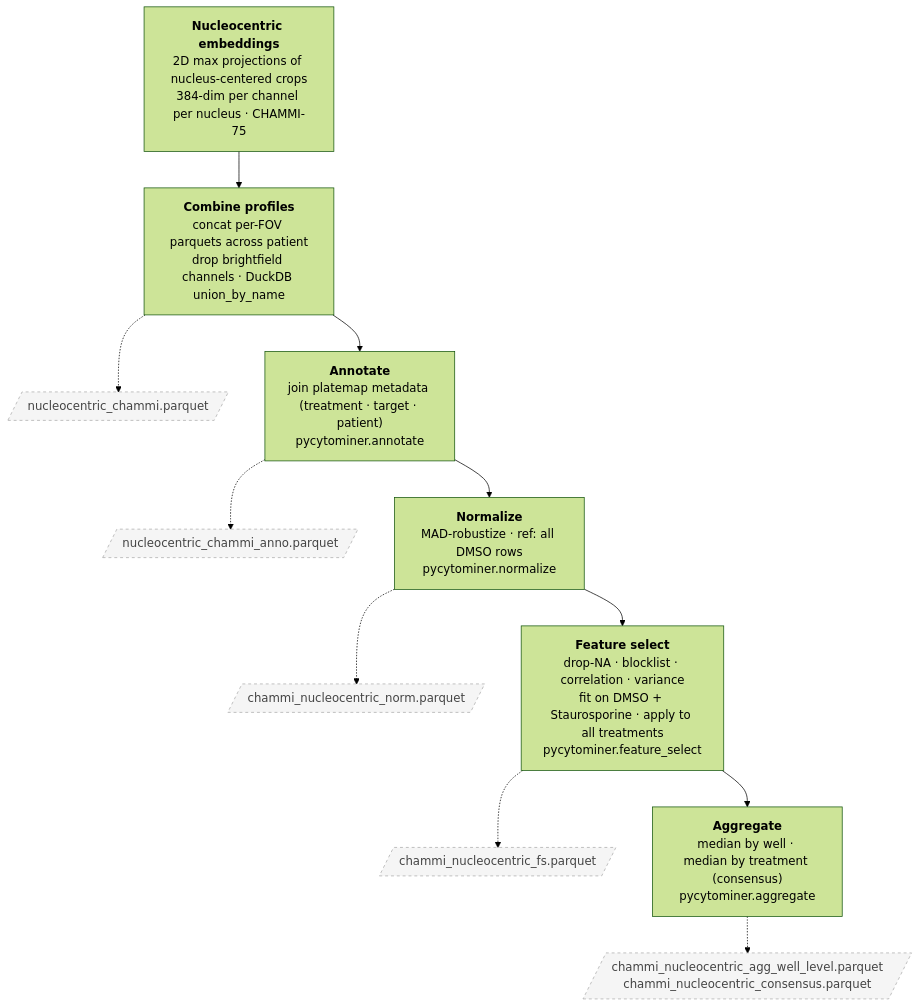
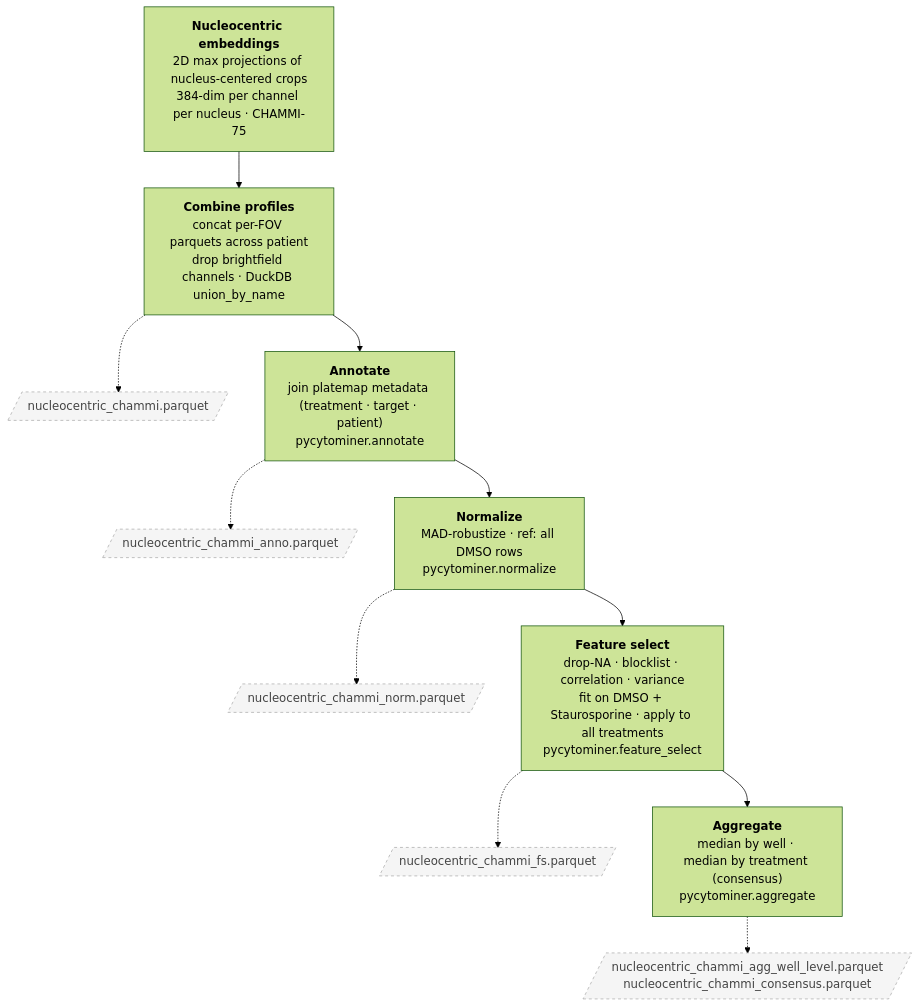
The sixth of 6 diagrams in README.md (WayScience/NF1_3D_organoid_profiling_pipeline), drawn with Mermaid (forest theme) before and after one commit. The commit also changed 10 other files, not shown here.

````diff
--- a/README.md
+++ b/README.md
@@ -468,21 +468,21 @@
 ```mermaid
 flowchart TD
     classDef out fill:#f5f5f5,stroke:#aaa,stroke-dasharray:4 4,color:#444
 
     A["<b>Nucleocentric embeddings</b><br/>2D max projections of nucleus-centered crops<br/>384-dim per channel per nucleus · CHAMMI-75"]
 
     A --> B["<b>Combine profiles</b><br/>concat per-FOV parquets across patient<br/>drop brightfield channels · DuckDB union_by_name"]
     B -.-> oCombine[/"nucleocentric_chammi.parquet"/]:::out
 
     B --> C["<b>Annotate</b><br/>join platemap metadata (treatment · target · patient)<br/>pycytominer.annotate"]
     C -.-> oAnnotate[/"nucleocentric_chammi_anno.parquet"/]:::out
 
     C --> D["<b>Normalize</b><br/>MAD-robustize · ref: all DMSO rows<br/>pycytominer.normalize"]
-    D -.-> oNorm[/"chammi_nucleocentric_norm.parquet"/]:::out
+    D -.-> oNorm[/"nucleocentric_chammi_norm.parquet"/]:::out
 
     D --> E["<b>Feature select</b><br/>drop-NA · blocklist · correlation · variance<br/>fit on DMSO + Staurosporine · apply to all treatments<br/>pycytominer.feature_select"]
-    E -.-> oFS[/"chammi_nucleocentric_fs.parquet"/]:::out
+    E -.-> oFS[/"nucleocentric_chammi_fs.parquet"/]:::out
 
     E --> F["<b>Aggregate</b><br/>median by well · median by treatment (consensus)<br/>pycytominer.aggregate"]
-    F -.-> oAgg[/"chammi_nucleocentric_agg_well_level.parquet<br/>chammi_nucleocentric_consensus.parquet"/]:::out
+    F -.-> oAgg[/"nucleocentric_chammi_agg_well_level.parquet<br/>nucleocentric_chammi_consensus.parquet"/]:::out
 ```
````
